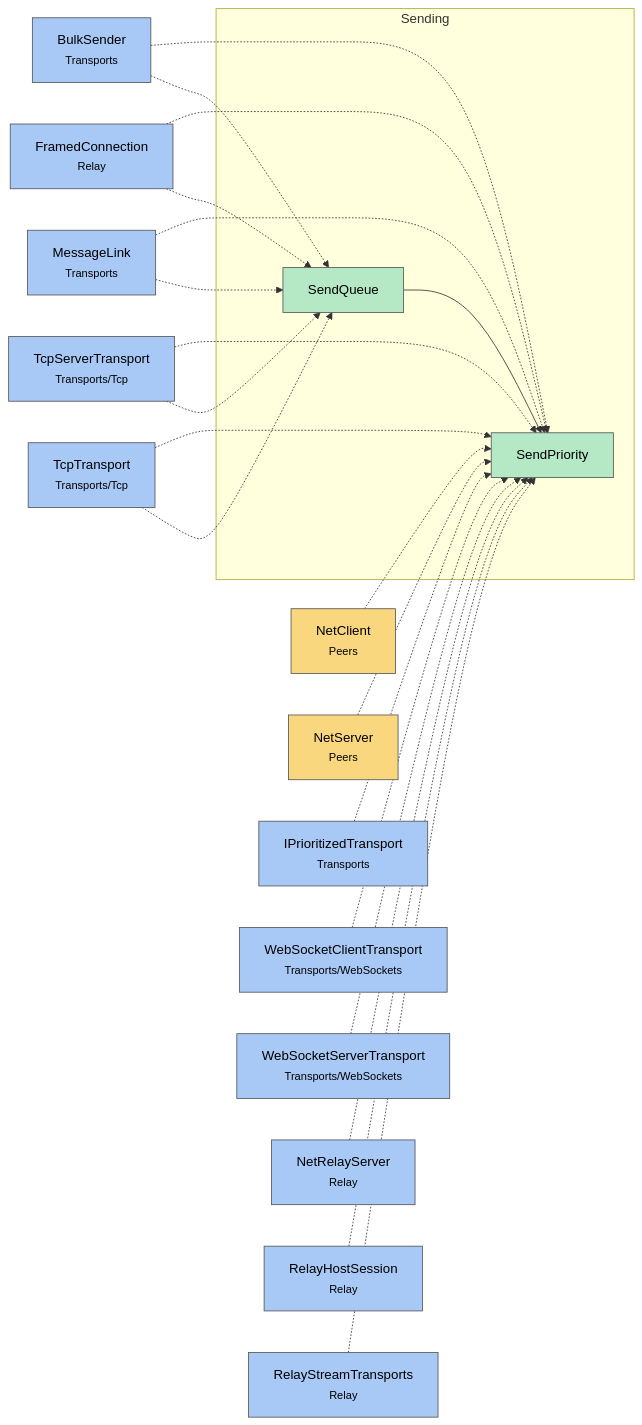
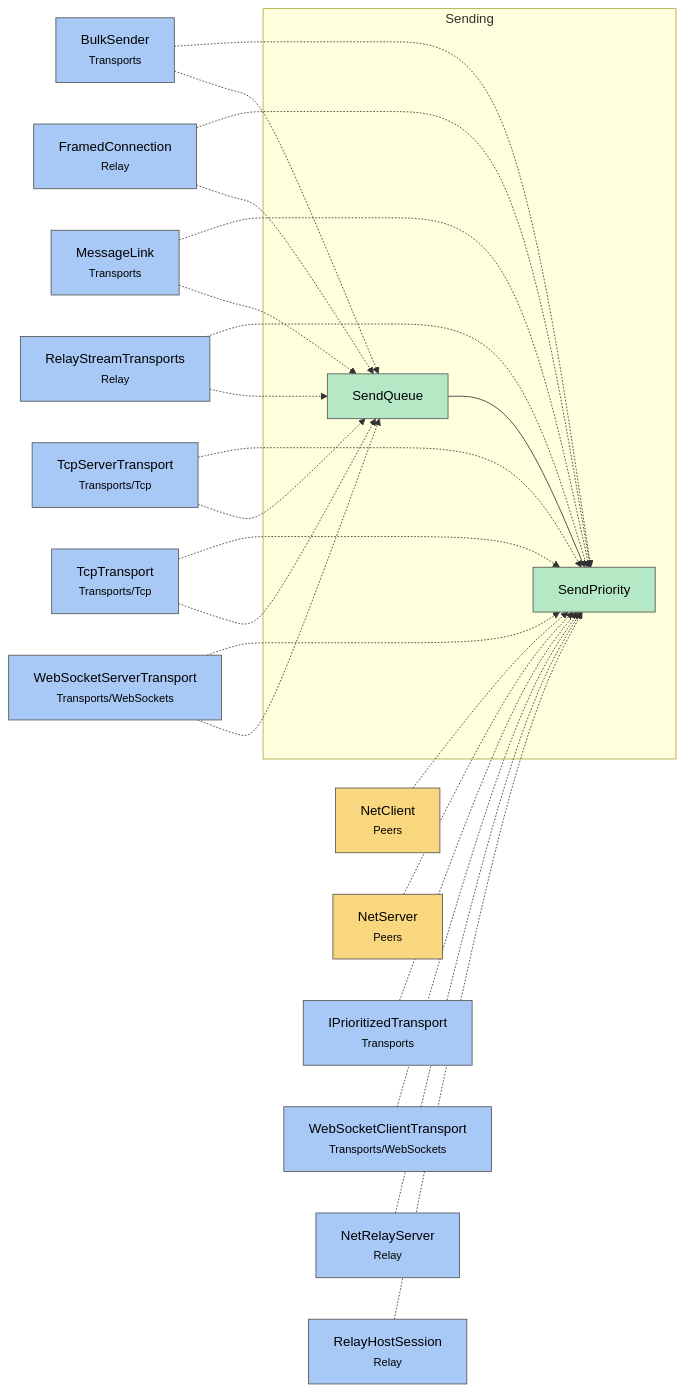
One commit to VladislavKresov/NetSync changed the diagram in docs/4 Diagrams/Modules/Module map Sending.md. Above: the diagram before and after it, drawn with Mermaid. The commit also changed other lines of this file and 56 other files, not shown here.

Commit message:
Docs: limitations and roadmap after rc.6 work; regenerated code reference

````diff
--- a/docs/4 Diagrams/Modules/Module map Sending.md
+++ b/docs/4 Diagrams/Modules/Module map Sending.md
@@ -11,44 +11,46 @@
 ```mermaid
 flowchart LR
   subgraph f_Sending["Sending"]
     m_SendPriority["SendPriority"]:::infrastructure
     m_SendQueue["SendQueue"]:::infrastructure
   end
   m_NetClient["NetClient<br/><small>Peers</small>"]:::api
   m_NetServer["NetServer<br/><small>Peers</small>"]:::api
   m_BulkSender["BulkSender<br/><small>Transports</small>"]:::transports
   m_IPrioritizedTransport["IPrioritizedTransport<br/><small>Transports</small>"]:::transports
   m_MessageLink["MessageLink<br/><small>Transports</small>"]:::transports
   m_TcpServerTransport["TcpServerTransport<br/><small>Transports/Tcp</small>"]:::transports
   m_TcpTransport["TcpTransport<br/><small>Transports/Tcp</small>"]:::transports
   m_WebSocketClientTransport["WebSocketClientTransport<br/><small>Transports/WebSockets</small>"]:::transports
   m_WebSocketServerTransport["WebSocketServerTransport<br/><small>Transports/WebSockets</small>"]:::transports
   m_FramedConnection["FramedConnection<br/><small>Relay</small>"]:::transports
   m_NetRelayServer["NetRelayServer<br/><small>Relay</small>"]:::transports
   m_RelayHostSession["RelayHostSession<br/><small>Relay</small>"]:::transports
   m_RelayStreamTransports["RelayStreamTransports<br/><small>Relay</small>"]:::transports
   m_BulkSender -.-> m_SendPriority
   m_FramedConnection -.-> m_SendPriority
   m_IPrioritizedTransport -.-> m_SendPriority
   m_MessageLink -.-> m_SendPriority
   m_NetClient -.-> m_SendPriority
   m_NetRelayServer -.-> m_SendPriority
   m_NetServer -.-> m_SendPriority
   m_RelayHostSession -.-> m_SendPriority
   m_RelayStreamTransports -.-> m_SendPriority
   m_TcpServerTransport -.-> m_SendPriority
   m_TcpTransport -.-> m_SendPriority
   m_WebSocketClientTransport -.-> m_SendPriority
   m_WebSocketServerTransport -.-> m_SendPriority
   m_SendQueue --> m_SendPriority
   m_BulkSender -.-> m_SendQueue
   m_FramedConnection -.-> m_SendQueue
   m_MessageLink -.-> m_SendQueue
+  m_RelayStreamTransports -.-> m_SendQueue
   m_TcpServerTransport -.-> m_SendQueue
   m_TcpTransport -.-> m_SendQueue
+  m_WebSocketServerTransport -.-> m_SendQueue
   classDef api fill:#f9d77e,stroke:#555,color:#000
   classDef session fill:#e3b8f0,stroke:#555,color:#000
   classDef transports fill:#a8c8f5,stroke:#555,color:#000
   classDef infrastructure fill:#b5e8c5,stroke:#555,color:#000
   classDef foundation fill:#dddddd,stroke:#555,color:#000
 ```
````
